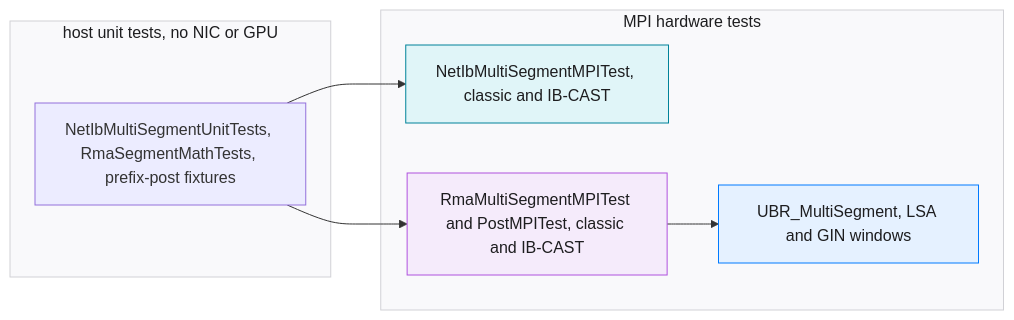
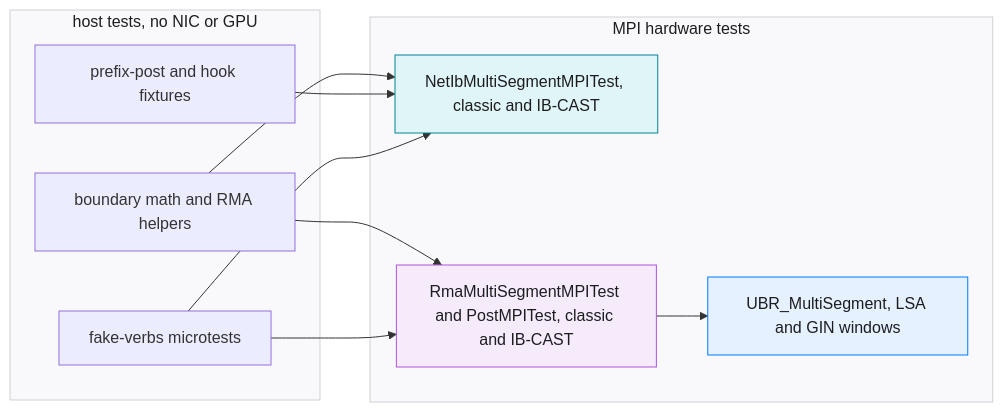
The first of 2 diagrams in projects/rccl/docs/design/multi_segment_testing.md (ROCm/rocm-systems), drawn with Mermaid before and after one commit. The commit also changed other lines of this file and 16 other files, not shown here.

First line of the commit message:
docs: update multi-segment design docs for the review fixes and the fork plugin

````diff
--- a/projects/rccl/docs/design/multi_segment_testing.md
+++ b/projects/rccl/docs/design/multi_segment_testing.md
@@ -7,23 +10,28 @@
 ```mermaid
 %% caption: Test layers: host unit tests, MPI hardware tests, and runner jobs
 flowchart LR
- subgraph host["host unit tests, no NIC or GPU"]
- ut["NetIbMultiSegmentUnitTests, RmaSegmentMathTests, prefix-post fixtures"]
+ subgraph host["host tests, no NIC or GPU"]
+ ut["boundary math and RMA helpers"]
+ fx["prefix-post and hook fixtures"]
+ micro["fake-verbs microtests"]
  end
  subgraph hw["MPI hardware tests"]
  p2p["NetIbMultiSegmentMPITest, classic and IB-CAST"]
  rma["RmaMultiSegmentMPITest and PostMPITest, classic and IB-CAST"]
  ubr["UBR_MultiSegment, LSA and GIN windows"]
  end
  ut --> p2p
+ fx --> p2p
+ micro --> p2p
  ut --> rma
+ micro --> rma
  rma --> ubr
  classDef netib fill:#e0f5f8,stroke:#008299,color:#1d1d1f
  classDef rma fill:#f5ebfb,stroke:#af52de,color:#1d1d1f
  classDef gin fill:#e5f1ff,stroke:#007aff,color:#1d1d1f
  classDef neutral fill:#f9f9fb,stroke:#d1d1d6,color:#1d1d1f
  class p2p netib
  class rma rma
  class ubr gin
  class host,hw neutral
 ```
````
